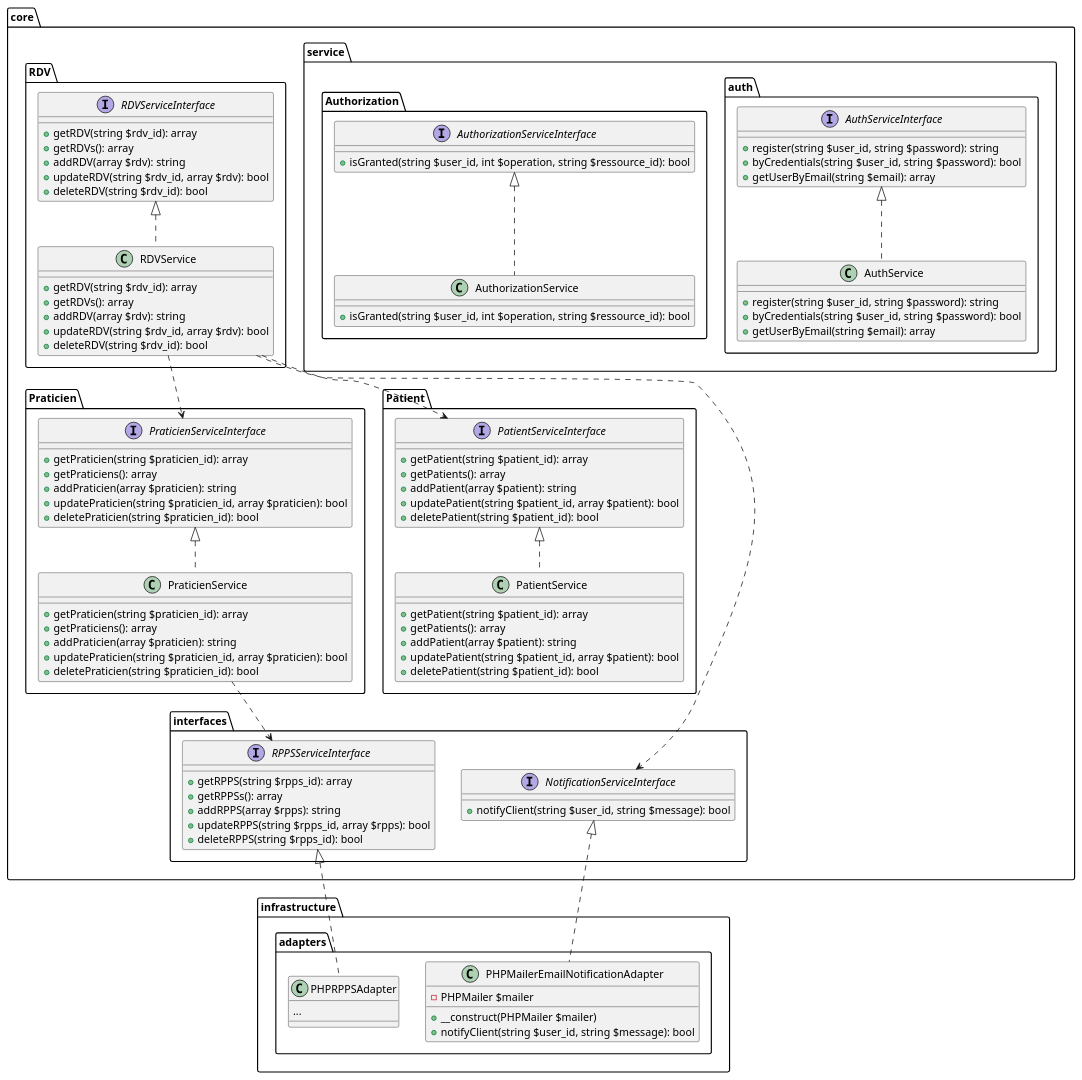
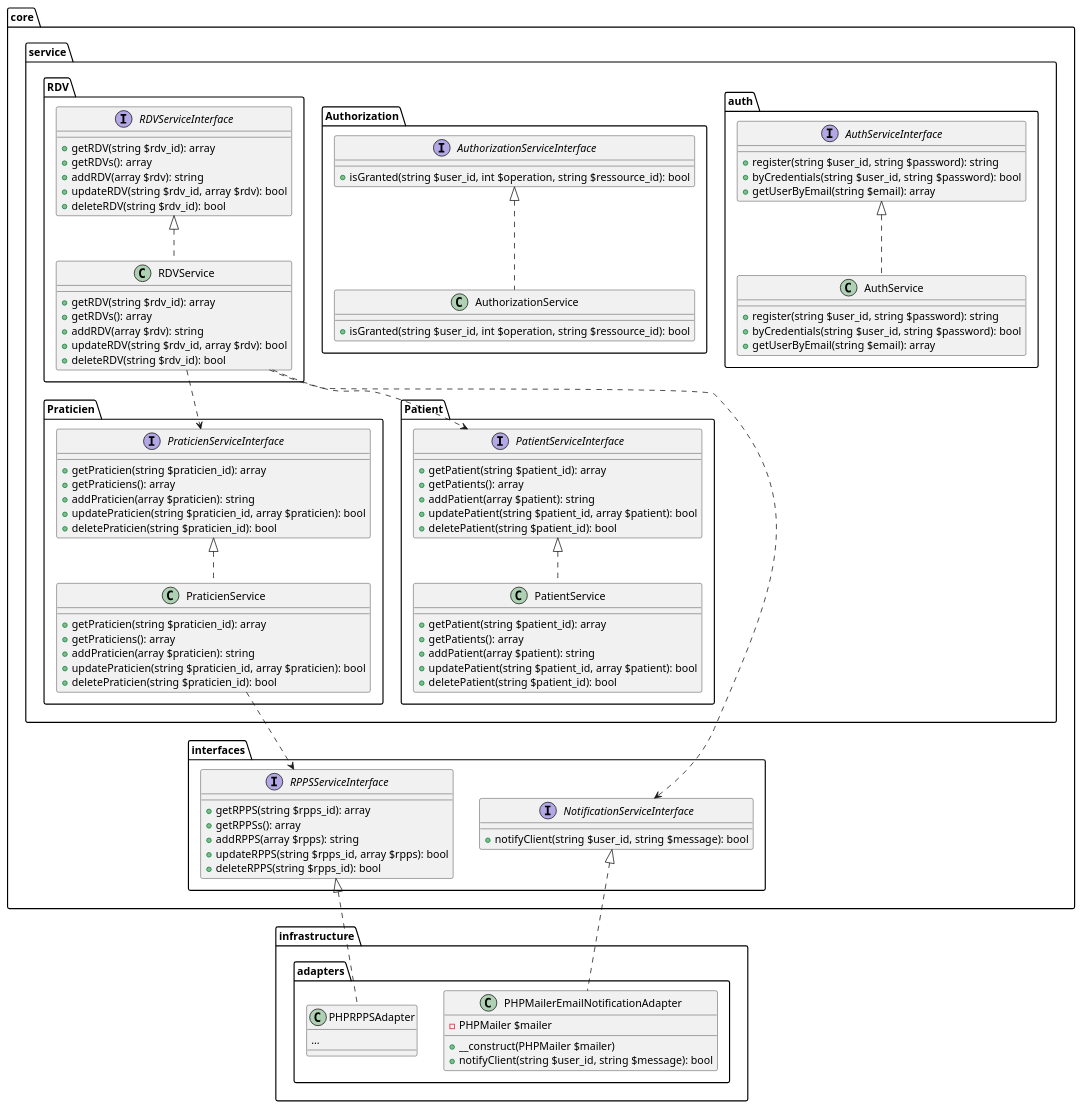
The diagram in Exercice1/diagrammeClasse.puml (MaximeBiechy/toubeelib_v2), drawn with PlantUML before and after one commit. The commit also changed 1 other file, not shown here.

```diff
--- a/Exercice1/diagrammeClasse.puml
+++ b/Exercice1/diagrammeClasse.puml
@@ -1,114 +1,115 @@
 @startuml
 package "core"{
     package "service"{
         package "auth"{
             interface "AuthServiceInterface"{
                         + register(string $user_id, string $password): string
                         + byCredentials(string $user_id, string $password): bool
                         + getUserByEmail(string $email): array
 
             }
             class "AuthService"{
                 + register(string $user_id, string $password): string
                 + byCredentials(string $user_id, string $password): bool
                 + getUserByEmail(string $email): array
             }
             "AuthService" ..up|> "AuthServiceInterface"
         }
         package "Authorization"{
             interface "AuthorizationServiceInterface"{
                 + isGranted(string $user_id, int $operation, string $ressource_id): bool
             }
             class "AuthorizationService"{
                 + isGranted(string $user_id, int $operation, string $ressource_id): bool
             }
             "AuthorizationService" ..up|> "AuthorizationServiceInterface"
         }
-    }
-    package "Praticien"{
-    interface "PraticienServiceInterface"{
-            + getPraticien(string $praticien_id): array
-            + getPraticiens(): array
-            + addPraticien(array $praticien): string
-            + updatePraticien(string $praticien_id, array $praticien): bool
-            + deletePraticien(string $praticien_id): bool
-        }
-        class "PraticienService"{
-            + getPraticien(string $praticien_id): array
-            + getPraticiens(): array
-            + addPraticien(array $praticien): string
-            + updatePraticien(string $praticien_id, array $praticien): bool
-            + deletePraticien(string $praticien_id): bool
-        }
-        "PraticienService" ..up|> "PraticienServiceInterface"
-    }
-    package "Patient"{
-        interface "PatientServiceInterface"{
-            + getPatient(string $patient_id): array
-            + getPatients(): array
-            + addPatient(array $patient): string
-            + updatePatient(string $patient_id, array $patient): bool
-            + deletePatient(string $patient_id): bool
-        }
-        class "PatientService"{
-            + getPatient(string $patient_id): array
-            + getPatients(): array
-            + addPatient(array $patient): string
-            + updatePatient(string $patient_id, array $patient): bool
-            + deletePatient(string $patient_id): bool
-        }
-        "PatientService" ..up|> "PatientServiceInterface"
+        package "Praticien"{
+            interface "PraticienServiceInterface"{
+                    + getPraticien(string $praticien_id): array
+                    + getPraticiens(): array
+                    + addPraticien(array $praticien): string
+                    + updatePraticien(string $praticien_id, array $praticien): bool
+                    + deletePraticien(string $praticien_id): bool
+                }
+                class "PraticienService"{
+                    + getPraticien(string $praticien_id): array
+                    + getPraticiens(): array
+                    + addPraticien(array $praticien): string
+                    + updatePraticien(string $praticien_id, array $praticien): bool
+                    + deletePraticien(string $praticien_id): bool
+                }
+                "PraticienService" ..up|> "PraticienServiceInterface"
+            }
+            package "Patient"{
+                interface "PatientServiceInterface"{
+                    + getPatient(string $patient_id): array
+                    + getPatients(): array
+                    + addPatient(array $patient): string
+                    + updatePatient(string $patient_id, array $patient): bool
+                    + deletePatient(string $patient_id): bool
+                }
+                class "PatientService"{
+                    + getPatient(string $patient_id): array
+                    + getPatients(): array
+                    + addPatient(array $patient): string
+                    + updatePatient(string $patient_id, array $patient): bool
+                    + deletePatient(string $patient_id): bool
+                }
+                "PatientService" ..up|> "PatientServiceInterface"
+            }
+
+            package "RDV"{
+                interface "RDVServiceInterface"{
+                    + getRDV(string $rdv_id): array
+                    + getRDVs(): array
+                    + addRDV(array $rdv): string
+                    + updateRDV(string $rdv_id, array $rdv): bool
+                    + deleteRDV(string $rdv_id): bool
+                }
+                class "RDVService"{
+                    + getRDV(string $rdv_id): array
+                    + getRDVs(): array
+                    + addRDV(array $rdv): string
+                    + updateRDV(string $rdv_id, array $rdv): bool
+                    + deleteRDV(string $rdv_id): bool
+                }
+                "RDVService" ..up|> "RDVServiceInterface"
+            }
     }
 
-    package "RDV"{
-        interface "RDVServiceInterface"{
-            + getRDV(string $rdv_id): array
-            + getRDVs(): array
-            + addRDV(array $rdv): string
-            + updateRDV(string $rdv_id, array $rdv): bool
-            + deleteRDV(string $rdv_id): bool
-        }
-        class "RDVService"{
-            + getRDV(string $rdv_id): array
-            + getRDVs(): array
-            + addRDV(array $rdv): string
-            + updateRDV(string $rdv_id, array $rdv): bool
-            + deleteRDV(string $rdv_id): bool
-        }
-        "RDVService" ..up|> "RDVServiceInterface"
-    }
     package "interfaces"{
         interface "NotificationServiceInterface"{
             + notifyClient(string $user_id, string $message): bool
         }
         interface "RPPSServiceInterface"{
             + getRPPS(string $rpps_id): array
             + getRPPSs(): array
             + addRPPS(array $rpps): string
             + updateRPPS(string $rpps_id, array $rpps): bool
             + deleteRPPS(string $rpps_id): bool
         }
     }
 
 }
 
 package "infrastructure"{
     package "adapters"{
         class "PHPMailerEmailNotificationAdapter"{
             - PHPMailer $mailer
             + __construct(PHPMailer $mailer)
             + notifyClient(string $user_id, string $message): bool
         }
         class PHPRPPSAdapter{
             ...
         }
     }
     "PHPMailerEmailNotificationAdapter" ..up|> "NotificationServiceInterface"
     "PHPRPPSAdapter" ..up|> "RPPSServiceInterface"
 }
 
 "RDVService" ..> "PraticienServiceInterface"
 "RDVService" ..> "PatientServiceInterface"
 "RDVService" ..> "NotificationServiceInterface"
 "PraticienService" ..> "RPPSServiceInterface"
 @enduml
```
